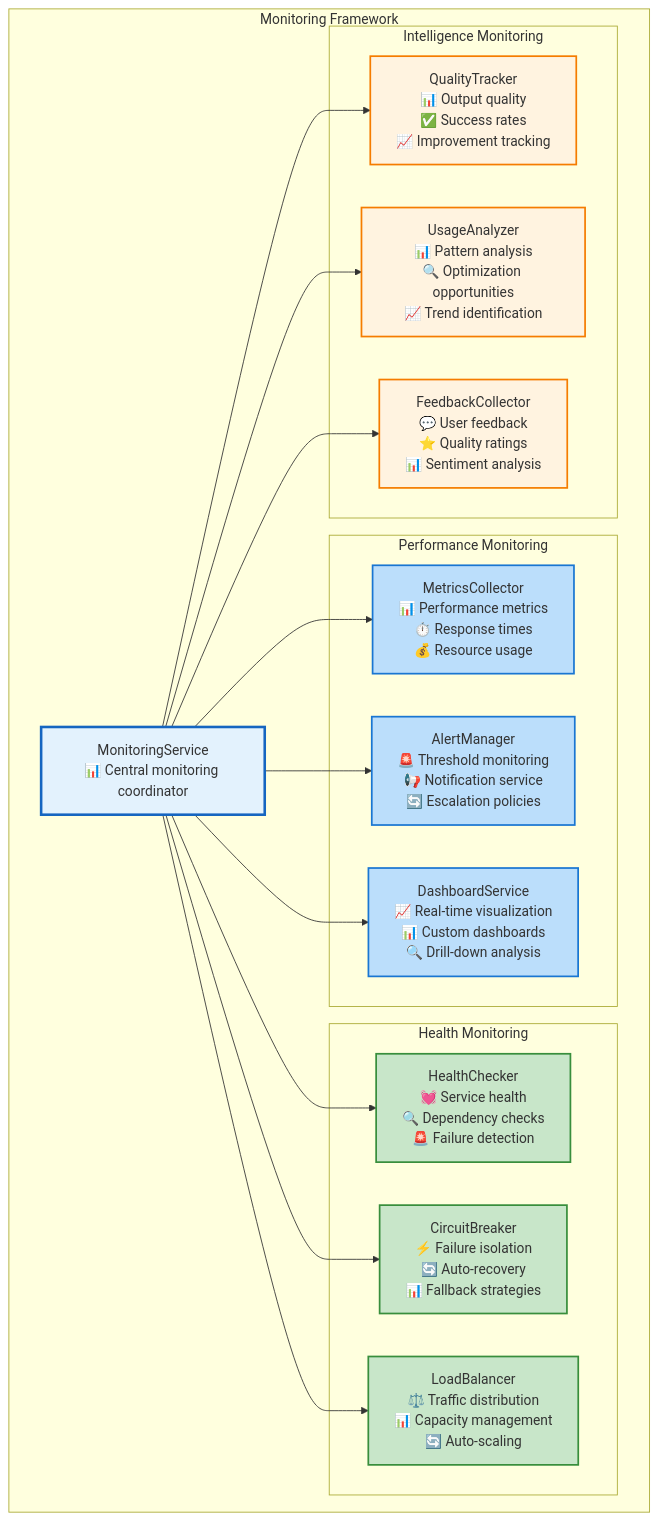
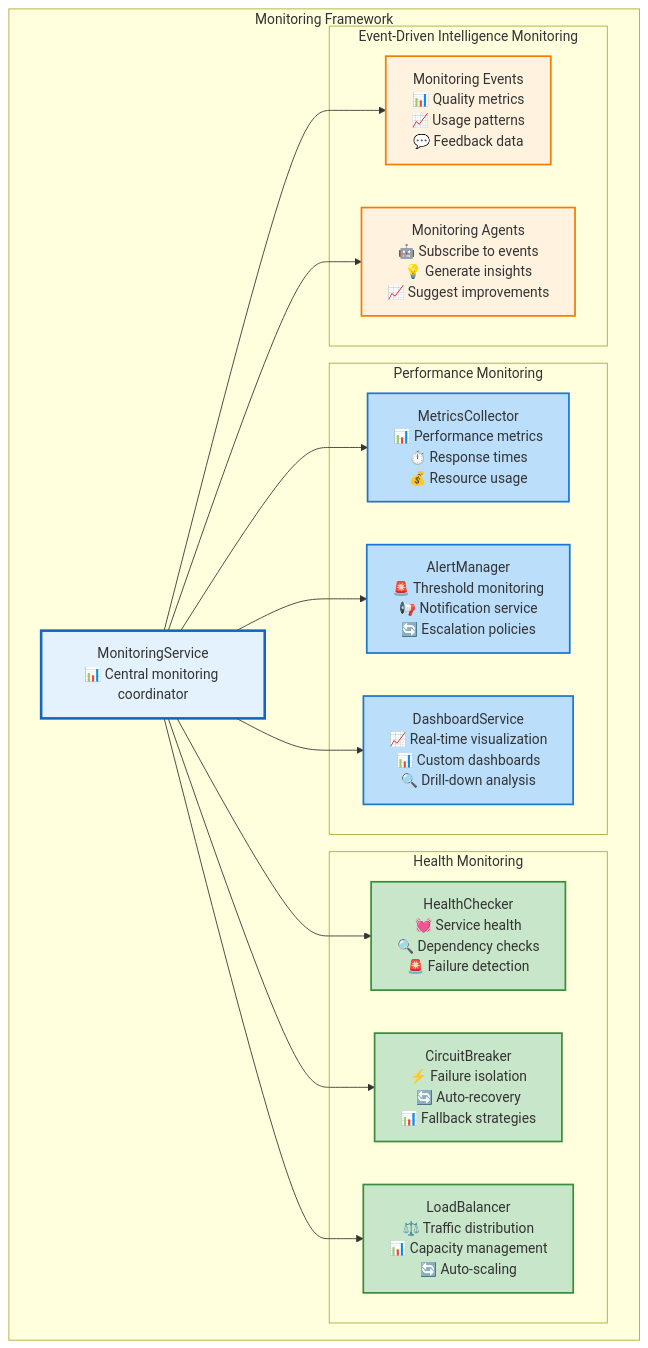
One commit to Vrooli/Vrooli changed diagram 44 of 49 in docs/ai-execution-architecture.md. Above: the diagram before and after it, drawn with Mermaid. The commit also changed other lines of this file, not shown here.

Commit message:
Execution architecture p9

````diff
--- a/docs/ai-execution-architecture.md
+++ b/docs/ai-execution-architecture.md
@@ -3207,44 +3317,42 @@
 ```mermaid
 graph TB
     subgraph "Monitoring Framework"
         MonitoringService[MonitoringService<br/>📊 Central monitoring coordinator]
         
         subgraph "Performance Monitoring"
             MetricsCollector[MetricsCollector<br/>📊 Performance metrics<br/>⏱️ Response times<br/>💰 Resource usage]
             AlertManager[AlertManager<br/>🚨 Threshold monitoring<br/>📢 Notification service<br/>🔄 Escalation policies]
             DashboardService[DashboardService<br/>📈 Real-time visualization<br/>📊 Custom dashboards<br/>🔍 Drill-down analysis]
         end
         
         subgraph "Health Monitoring"
             HealthChecker[HealthChecker<br/>💓 Service health<br/>🔍 Dependency checks<br/>🚨 Failure detection]
             CircuitBreaker[CircuitBreaker<br/>⚡ Failure isolation<br/>🔄 Auto-recovery<br/>📊 Fallback strategies]
             LoadBalancer[LoadBalancer<br/>⚖️ Traffic distribution<br/>📊 Capacity management<br/>🔄 Auto-scaling]
         end
         
-        subgraph "Intelligence Monitoring"
-            QualityTracker[QualityTracker<br/>📊 Output quality<br/>✅ Success rates<br/>📈 Improvement tracking]
-            UsageAnalyzer[UsageAnalyzer<br/>📊 Pattern analysis<br/>🔍 Optimization opportunities<br/>📈 Trend identification]
-            FeedbackCollector[FeedbackCollector<br/>💬 User feedback<br/>⭐ Quality ratings<br/>📊 Sentiment analysis]
+        subgraph "Event-Driven Intelligence Monitoring"
+            MonitoringEvents[Monitoring Events<br/>📊 Quality metrics<br/>📈 Usage patterns<br/>💬 Feedback data]
+            MonitoringAgents[Monitoring Agents<br/>🤖 Subscribe to events<br/>💡 Generate insights<br/>📈 Suggest improvements]
         end
     end
     
     MonitoringService --> MetricsCollector
     MonitoringService --> AlertManager
     MonitoringService --> DashboardService
     MonitoringService --> HealthChecker
     MonitoringService --> CircuitBreaker
     MonitoringService --> LoadBalancer
-    MonitoringService --> QualityTracker
-    MonitoringService --> UsageAnalyzer
-    MonitoringService --> FeedbackCollector
+    MonitoringService --> MonitoringEvents
+    MonitoringService --> MonitoringAgents
     
     classDef monitoring fill:#e3f2fd,stroke:#1565c0,stroke-width:3px
     classDef performance fill:#bbdefb,stroke:#1976d2,stroke-width:2px
     classDef health fill:#c8e6c9,stroke:#388e3c,stroke-width:2px
     classDef intelligence fill:#fff3e0,stroke:#f57c00,stroke-width:2px
     
     class MonitoringService monitoring
     class MetricsCollector,AlertManager,DashboardService performance
     class HealthChecker,CircuitBreaker,LoadBalancer health
-    class QualityTracker,UsageAnalyzer,FeedbackCollector intelligence
+    class MonitoringEvents,MonitoringAgents intelligence
 ```
````
